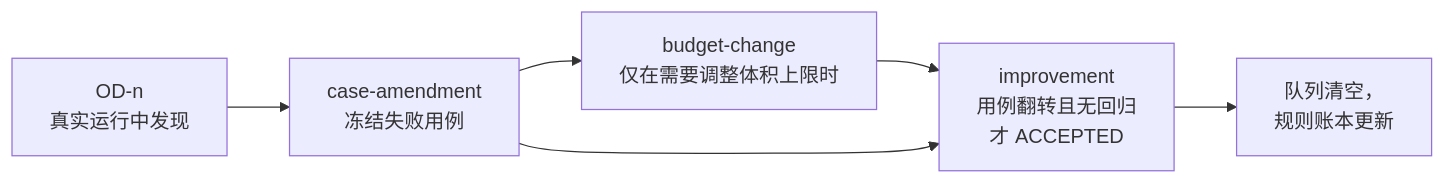
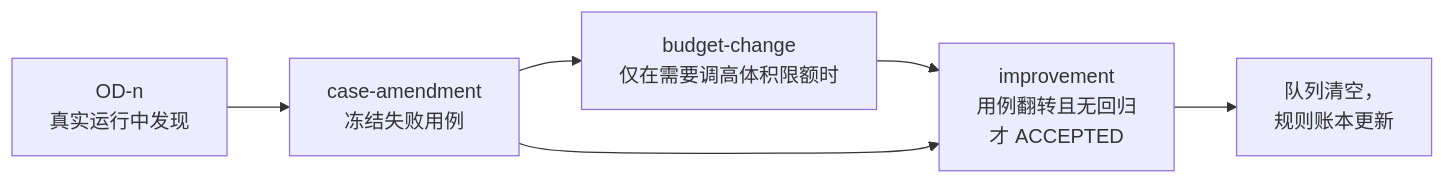
Before and after one commit to migaia/sdd-generate: the fourth of 4 diagrams in README.zh-CN.md, drawn with Mermaid. The commit also changed other lines of this file and 22 other files, not shown here.

````diff
--- a/README.zh-CN.md
+++ b/README.zh-CN.md
@@ -230,8 +217,8 @@
 ```mermaid
 flowchart LR
   O["OD-n<br/>真实运行中发现"] --> CA["case-amendment<br/>冻结失败用例"]
-  CA --> BC["budget-change<br/>仅在需要调整体积上限时"]
+  CA --> BC["budget-change<br/>仅在需要调高体积限额时"]
   BC --> IM["improvement<br/>用例翻转且无回归<br/>才 ACCEPTED"]
   CA --> IM
   IM --> Q["队列清空，<br/>规则账本更新"]
 ```
````
